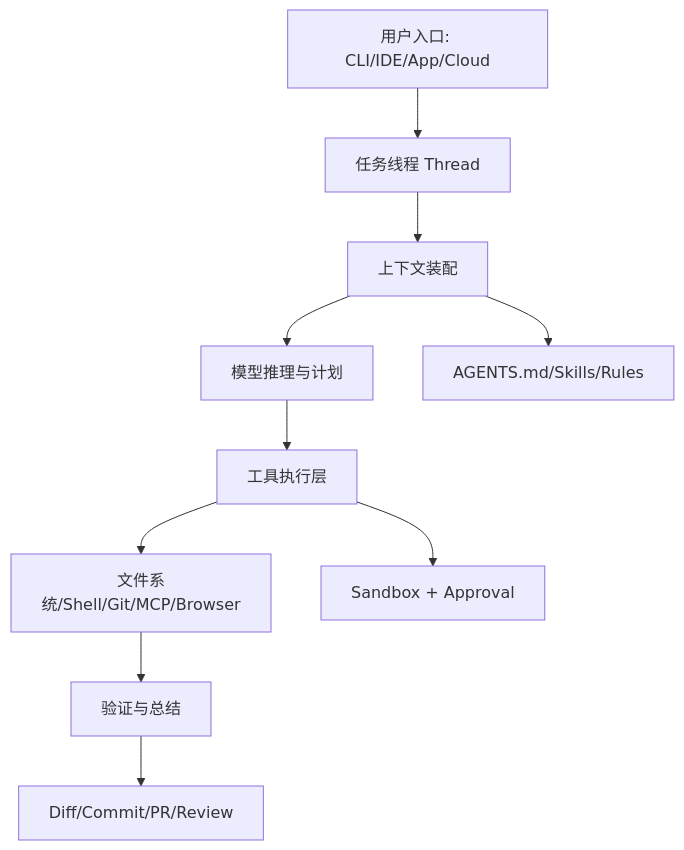
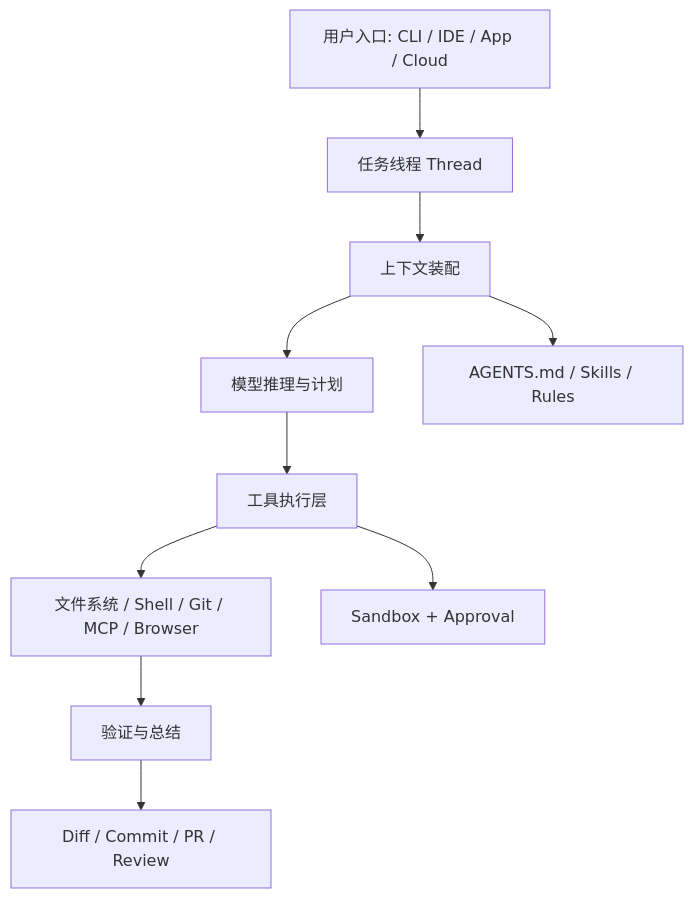
One commit to GuoWWWX/knowledge-base changed the diagram in 10-AI应用开发/09-标杆产品拆解/Codex/01-Codex产品定位与总体架构.md. Above: the diagram before and after it, drawn with Mermaid. The commit also changed other lines of this file and 251 other files, not shown here.

````diff
--- a/10-AI应用开发/09-标杆产品拆解/Codex/01-Codex产品定位与总体架构.md
+++ b/10-AI应用开发/09-标杆产品拆解/Codex/01-Codex产品定位与总体架构.md
@@ -42,12 +44,12 @@
 ```mermaid
 flowchart TD
-    A[用户入口: CLI/IDE/App/Cloud] --> B[任务线程 Thread]
-    B --> C[上下文装配]
-    C --> D[模型推理与计划]
-    D --> E[工具执行层]
-    E --> F[文件系统/Shell/Git/MCP/Browser]
-    F --> G[验证与总结]
-    G --> H[Diff/Commit/PR/Review]
-    C --> I[AGENTS.md/Skills/Rules]
-    E --> J[Sandbox + Approval]
+    A["用户入口: CLI / IDE / App / Cloud"] --> B["任务线程 Thread"]
+    B --> C["上下文装配"]
+    C --> D["模型推理与计划"]
+    D --> E["工具执行层"]
+    E --> F["文件系统 / Shell / Git / MCP / Browser"]
+    F --> G["验证与总结"]
+    G --> H["Diff / Commit / PR / Review"]
+    C --> I["AGENTS.md / Skills / Rules"]
+    E --> J["Sandbox + Approval"]
 ```
````
